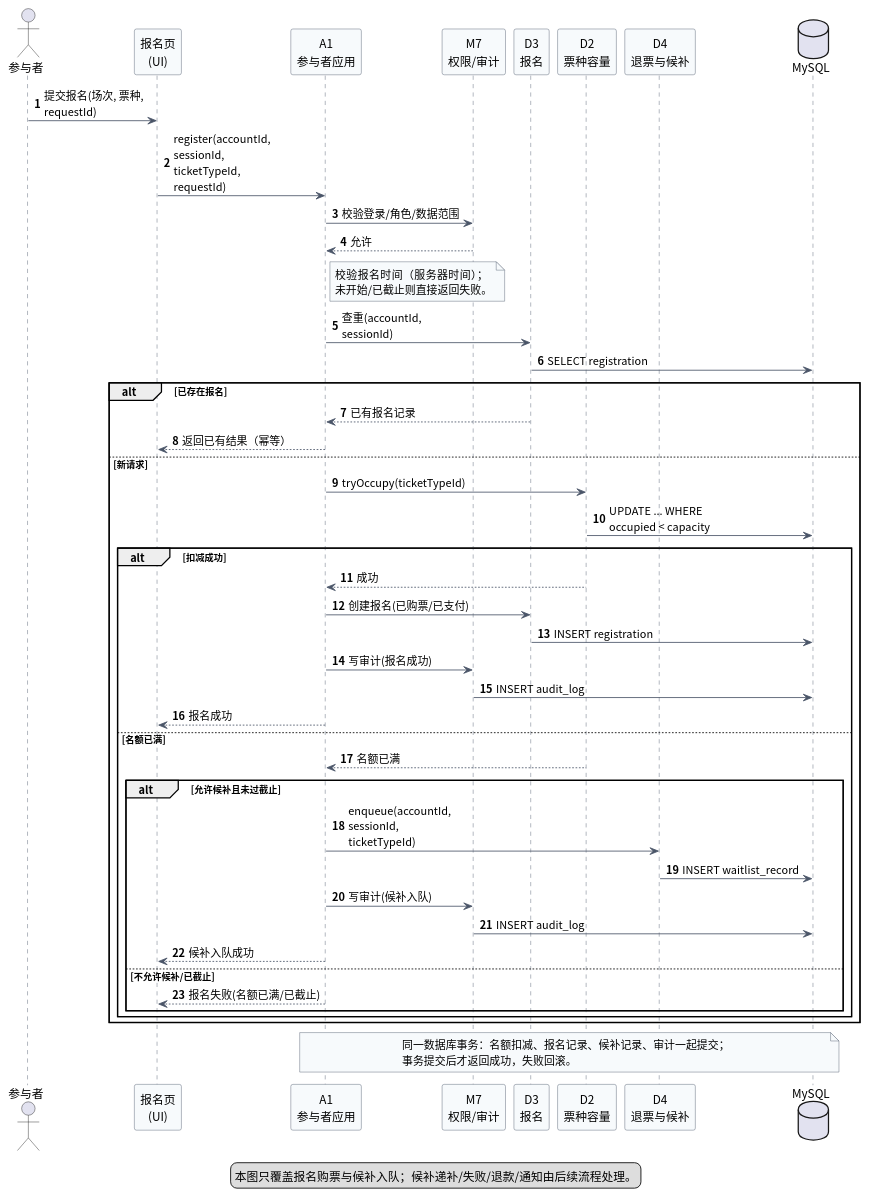
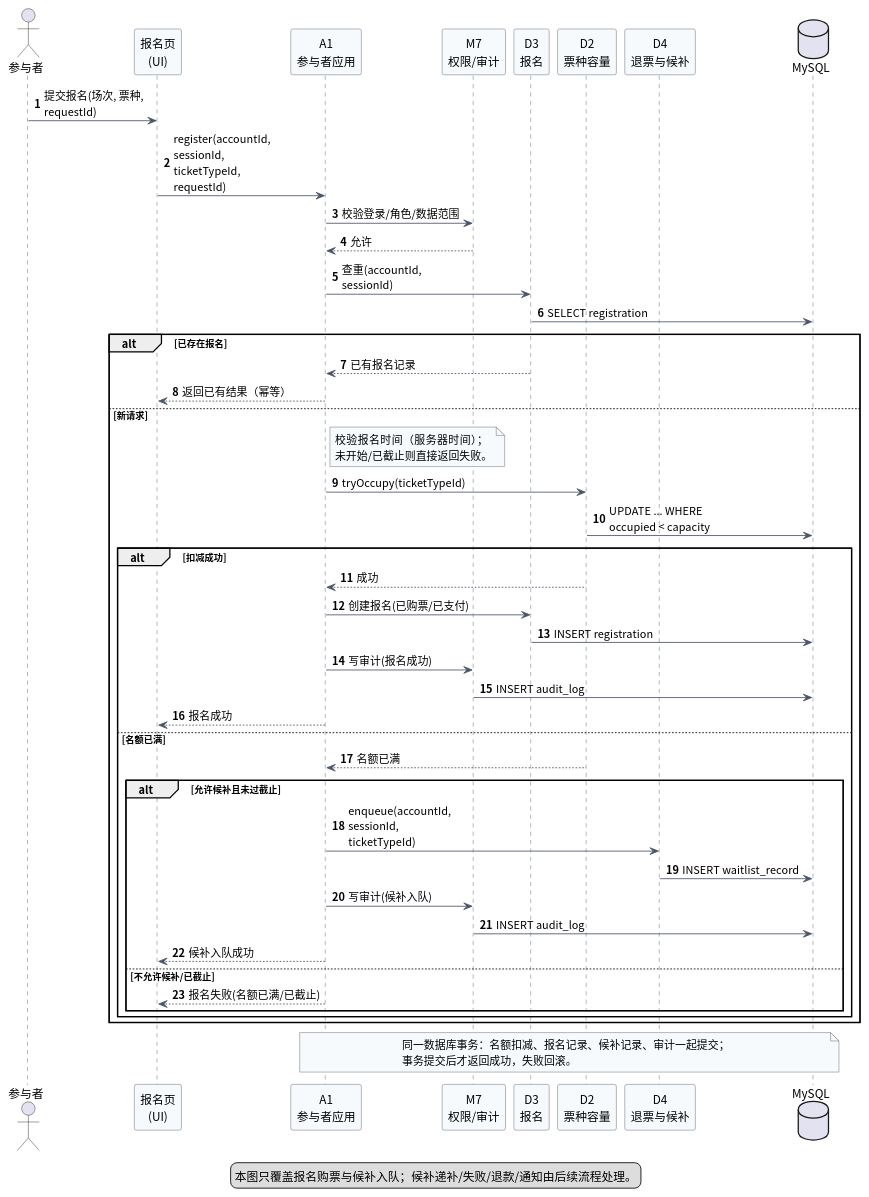
Before and after one commit to Lewis-44-China/se-lab1-requirements: the diagram in lab2/UML/UML时序图_报名购票.puml, drawn with PlantUML. The commit also changed 3 other files, not shown here.

First line of the commit message:
lab2: 时序图一致性检查

```diff
--- a/lab2/UML/UML时序图_报名购票.puml
+++ b/lab2/UML/UML时序图_报名购票.puml
@@ -1,69 +1,69 @@
 @startuml UML时序图_报名购票
 autonumber
 skinparam shadowing false
 skinparam defaultFontName "Noto Sans CJK SC"
 skinparam sequence {
   ArrowColor #4A5568
   LifeLineBorderColor #4A5568
   ParticipantBorderColor #4A5568
   ParticipantBackgroundColor #F7FAFC
 }
 skinparam noteBackgroundColor #F7FAFC
 skinparam noteBorderColor #4A5568
 skinparam maxMessageSize 140
 
 actor "参与者" as P
 participant "报名页\n(UI)" as UI
 participant "A1\n参与者应用" as A1
 participant "M7\n权限/审计" as M7
 participant "D3\n报名" as D3
 participant "D2\n票种容量" as D2
 participant "D4\n退票与候补" as D4
 database "MySQL" as DB
 
 P -> UI : 提交报名(场次, 票种, requestId)
 UI -> A1 : register(accountId, sessionId, ticketTypeId, requestId)
 A1 -> M7 : 校验登录/角色/数据范围
 M7 --> A1 : 允许
-note right of A1
-  校验报名时间（服务器时间）；
-  未开始/已截止则直接返回失败。
-end note
 A1 -> D3 : 查重(accountId, sessionId)
 D3 -> DB : SELECT registration
 alt 已存在报名
   D3 --> A1 : 已有报名记录
   A1 --> UI : 返回已有结果（幂等）
 else 新请求
+  note right of A1
+    校验报名时间（服务器时间）；
+    未开始/已截止则直接返回失败。
+  end note
   A1 -> D2 : tryOccupy(ticketTypeId)
   D2 -> DB : UPDATE ... WHERE occupied < capacity
   alt 扣减成功
     D2 --> A1 : 成功
     A1 -> D3 : 创建报名(已购票/已支付)
     D3 -> DB : INSERT registration
     A1 -> M7 : 写审计(报名成功)
     M7 -> DB : INSERT audit_log
     A1 --> UI : 报名成功
   else 名额已满
     D2 --> A1 : 名额已满
     alt 允许候补且未过截止
       A1 -> D4 : enqueue(accountId, sessionId, ticketTypeId)
       D4 -> DB : INSERT waitlist_record
       A1 -> M7 : 写审计(候补入队)
       M7 -> DB : INSERT audit_log
       A1 --> UI : 候补入队成功
     else 不允许候补/已截止
       A1 --> UI : 报名失败(名额已满/已截止)
     end
   end
 end
 
 note over A1,DB
   同一数据库事务：名额扣减、报名记录、候补记录、审计一起提交；
   事务提交后才返回成功，失败回滚。
 end note
 
 legend bottom
   本图只覆盖报名购票与候补入队；候补递补/失败/退款/通知由后续流程处理。
 endlegend
 @enduml
```
